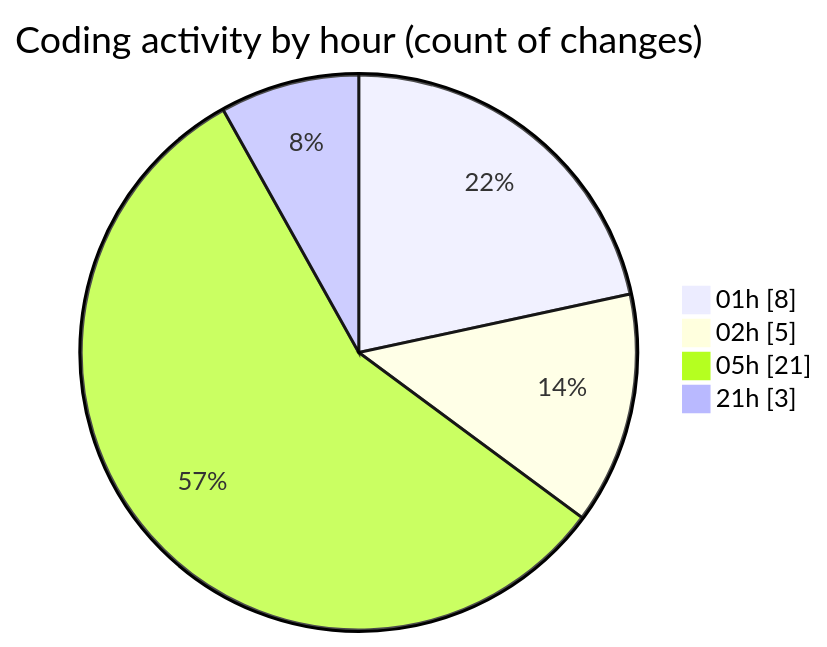
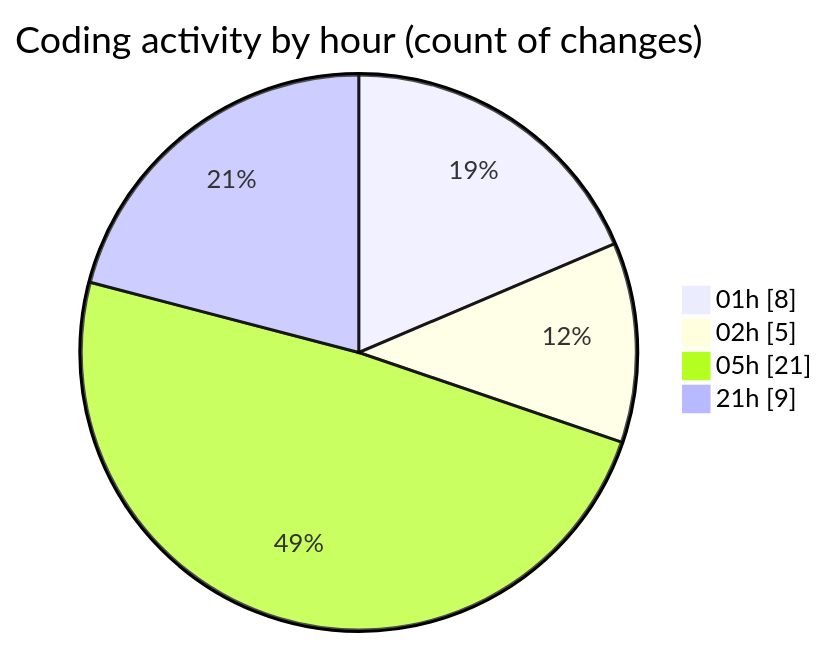
The second of 2 diagrams in 2025-11-21/eventscop-api-guide__workspace_/README.md (julien-gomy/code-tracking), drawn with Mermaid before and after one commit. The commit also changed other lines of this file and 1 other file, not shown here.

````diff
--- a/2025-11-21/eventscop-api-guide__workspace_/README.md
+++ b/2025-11-21/eventscop-api-guide__workspace_/README.md
@@ -41,8 +43,8 @@
 ```mermaid
 pie showData
 title Coding activity by hour (count of changes)
 "01h" : 8
 "02h" : 5
 "05h" : 21
-"21h" : 3
+"21h" : 9
 ```
````
